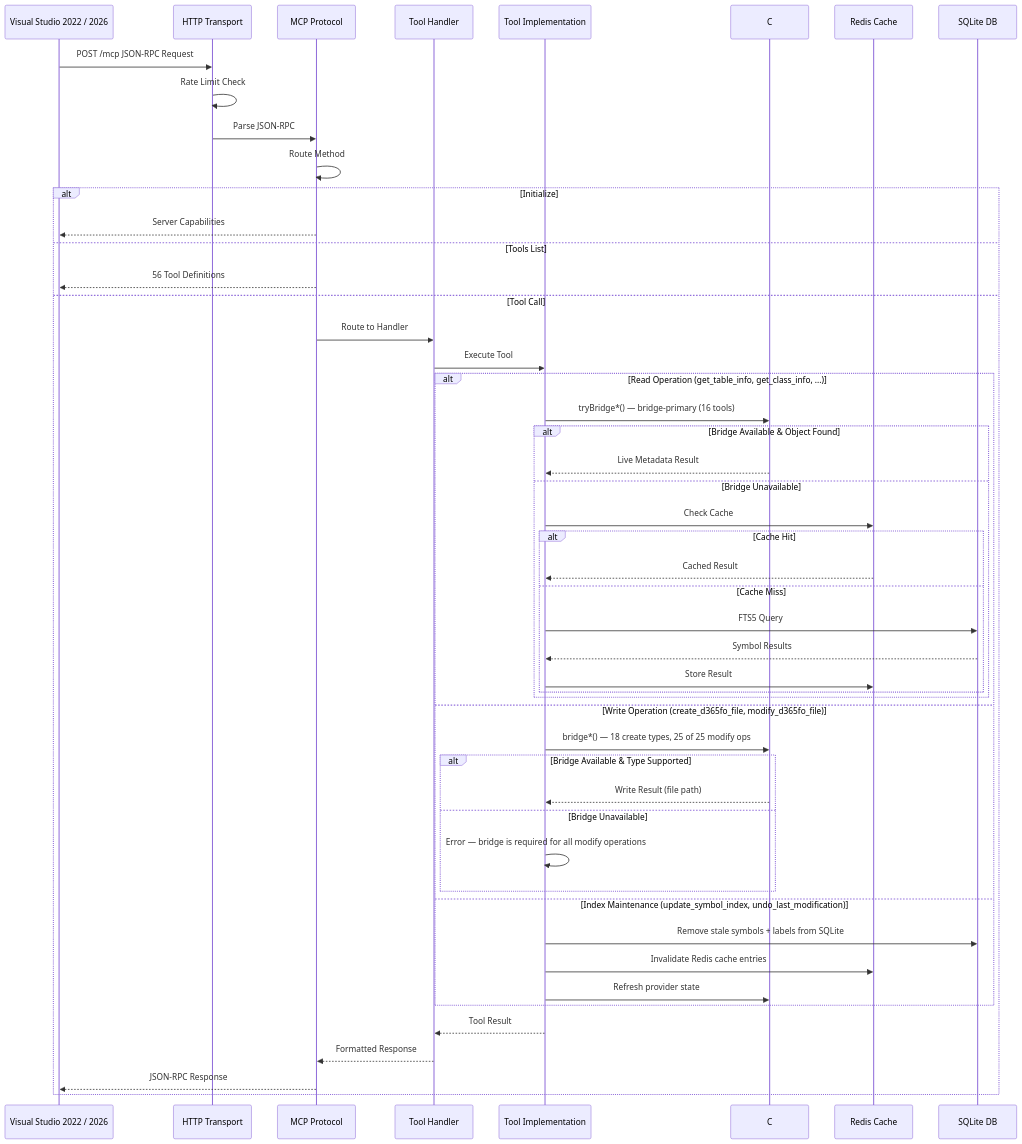
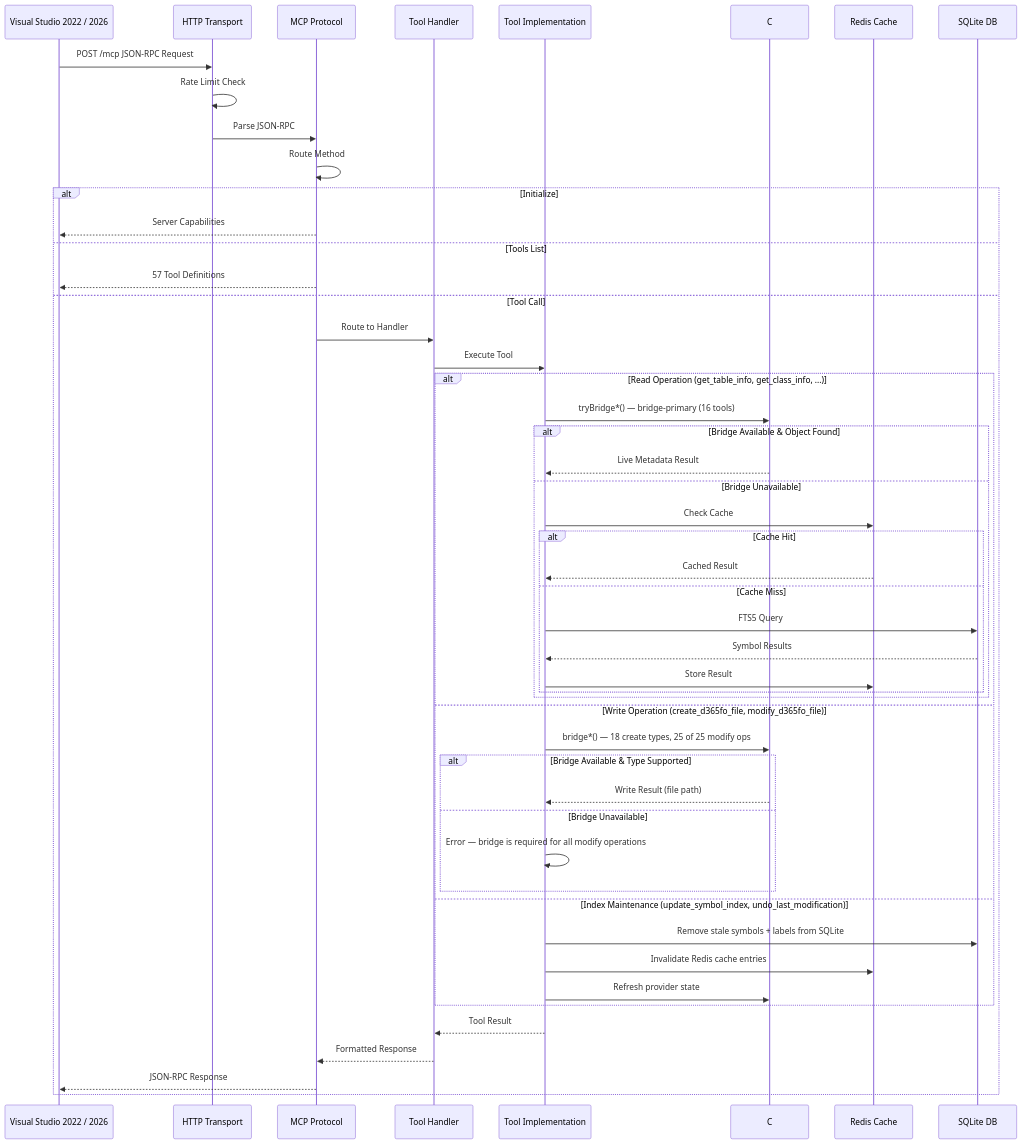
Before and after one commit to DaylePWork/d365fo-mcp-server: the second of 20 diagrams in docs/ARCHITECTURE.md, drawn with Mermaid. The commit also changed other lines of this file and 14 other files, not shown here.

````diff
--- a/docs/ARCHITECTURE.md
+++ b/docs/ARCHITECTURE.md
@@ -86,54 +86,54 @@
 ```mermaid
 sequenceDiagram
     participant IDE as Visual Studio 2022 / 2026
     participant HTTP as HTTP Transport
     participant MCP as MCP Protocol
     participant Handler as Tool Handler
     participant Tool as Tool Implementation
     participant Bridge as C# Bridge (Windows)
     participant Cache as Redis Cache
     participant DB as SQLite DB
 
     IDE->>HTTP: POST /mcp JSON-RPC Request
     HTTP->>HTTP: Rate Limit Check
     HTTP->>MCP: Parse JSON-RPC
     MCP->>MCP: Route Method
     
     alt Initialize
         MCP-->>IDE: Server Capabilities
     else Tools List
-        MCP-->>IDE: 56 Tool Definitions
+        MCP-->>IDE: 57 Tool Definitions
     else Tool Call
         MCP->>Handler: Route to Handler
         Handler->>Tool: Execute Tool
         alt Read Operation (get_table_info, get_class_info, ...)
             Tool->>Bridge: tryBridge*() — bridge-primary (16 tools)
             alt Bridge Available & Object Found
                 Bridge-->>Tool: Live Metadata Result
             else Bridge Unavailable
                 Tool->>Cache: Check Cache
                 alt Cache Hit
                     Cache-->>Tool: Cached Result
                 else Cache Miss
                     Tool->>DB: FTS5 Query
                     DB-->>Tool: Symbol Results
                     Tool->>Cache: Store Result
                 end
             end
         else Write Operation (create_d365fo_file, modify_d365fo_file)
             Tool->>Bridge: bridge*() — 18 create types, 25 of 25 modify ops
             alt Bridge Available & Type Supported
                 Bridge-->>Tool: Write Result (file path)
             else Bridge Unavailable
                 Tool->>Tool: Error — bridge is required for all modify operations
             end
         else Index Maintenance (update_symbol_index, undo_last_modification)
             Tool->>DB: Remove stale symbols + labels from SQLite
             Tool->>Cache: Invalidate Redis cache entries
             Tool->>Bridge: Refresh provider state
         end
         Tool-->>Handler: Tool Result
         Handler-->>MCP: Formatted Response
         MCP-->>IDE: JSON-RPC Response
     end
 ```
````
